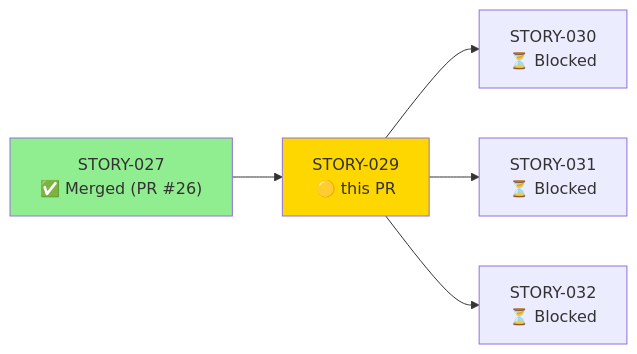
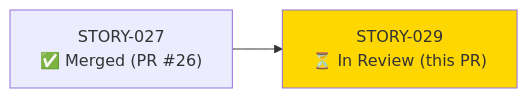
Before and after one commit to BOHICA-LABS/forge-mcp: the second of 3 diagrams in code-delivery/STORY-029/pr-description.md, drawn with Mermaid. The commit also changed other lines of this file and 6 other files, not shown here.

Commit message:
state: Wave 3 Step 2 complete — STORY-028, 029, 033 all merged

````diff
--- a/code-delivery/STORY-029/pr-description.md
+++ b/code-delivery/STORY-029/pr-description.md
@@ -65,16 +63,9 @@
 ```mermaid
 graph LR
-    S027["STORY-027<br/>✅ Merged (PR #26)"]
-    S029["STORY-029<br/>🟡 this PR"]
-    S030["STORY-030<br/>⏳ Blocked"]
-    S031["STORY-031<br/>⏳ Blocked"]
-    S032["STORY-032<br/>⏳ Blocked"]
+    STORY027["STORY-027<br/>✅ Merged (PR #26)"]
+    STORY029["STORY-029<br/>⏳ In Review (this PR)"]
     
-    S027 --> S029
-    S029 --> S030
-    S029 --> S031
-    S029 --> S032
+    STORY027 --> STORY029
     
-    style S029 fill:#FFD700
-    style S027 fill:#90EE90
+    style STORY029 fill:#FFD700
 ```
````
